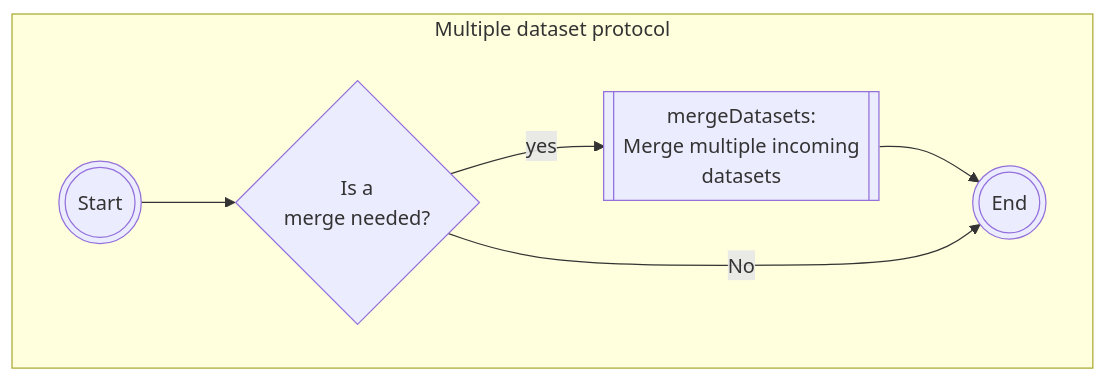
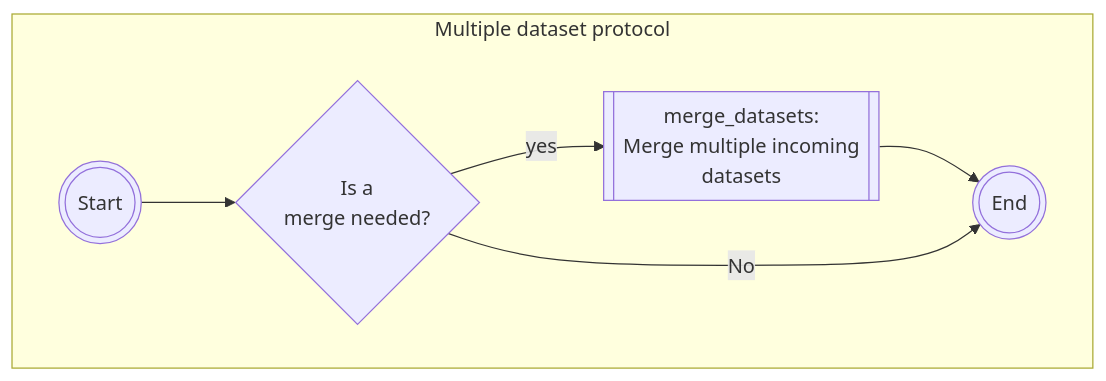
One commit to Tuks-ICMM/Pharmacogenetic-Analysis-Pipeline changed the ninth of 26 diagrams in docs/02-workflow/02-methodology-summary.md. Above: the diagram before and after it, drawn with Mermaid. The commit also changed other lines of this file and 2 other files, not shown here.

````diff
--- a/docs/02-workflow/02-methodology-summary.md
+++ b/docs/02-workflow/02-methodology-summary.md
@@ -405,14 +481,14 @@
   ```mermaid
   flowchart TD
     subgraph multipleVcfProtocol [Multiple dataset protocol]
       direction LR
       multipleVcfProtocolStart(((Start)))
       ifMergeRequired{Is a \nmerge needed?}
-      mergeDatasets[[mergeDatasets:\nMerge multiple incoming\ndatasets]]
+      merge_datasets[[merge_datasets:\nMerge multiple incoming\ndatasets]]
       multipleVcfProtocolEnd(((End)))
 
       multipleVcfProtocolStart --> ifMergeRequired
-      ifMergeRequired --> |yes| mergeDatasets --> multipleVcfProtocolEnd
+      ifMergeRequired --> |yes| merge_datasets --> multipleVcfProtocolEnd
       ifMergeRequired --> |No| multipleVcfProtocolEnd
     end
   ```
````
